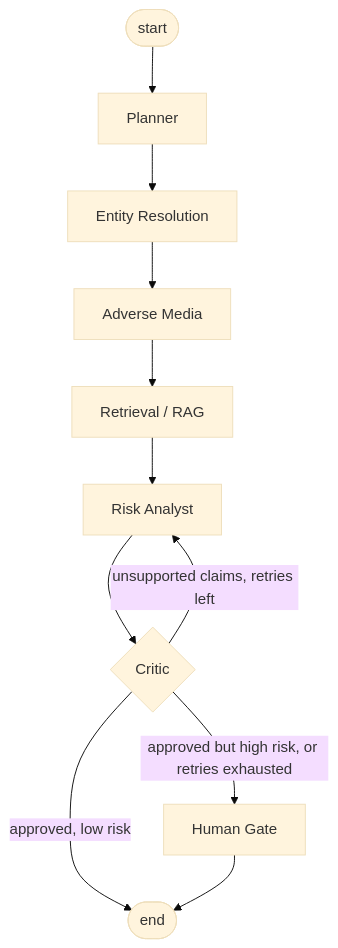
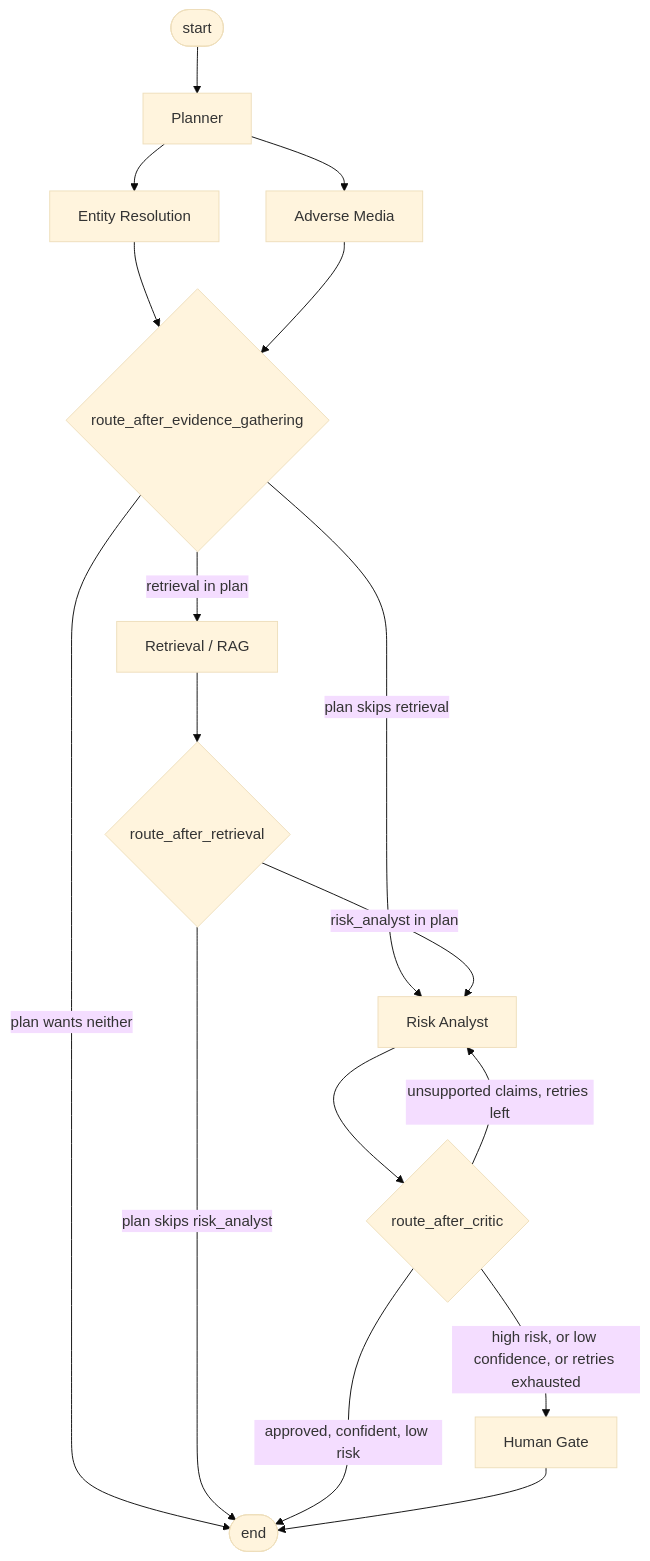
One commit to akhileshpandey023/agentic-aml-investigator changed the diagram in ARCHITECTURE.md. Above: the diagram before and after it, drawn with Mermaid (base theme). The commit also changed other lines of this file and 2 other files, not shown here.

````diff
--- a/ARCHITECTURE.md
+++ b/ARCHITECTURE.md
@@ -39,13 +39,19 @@
 ```mermaid
 flowchart TD
     START([start]) --> PLAN[Planner]
     PLAN --> ER[Entity Resolution]
-    ER --> AM[Adverse Media]
-    AM --> RET[Retrieval / RAG]
-    RET --> RA[Risk Analyst]
-    RA --> CRIT{Critic}
+    PLAN --> AM[Adverse Media]
+    ER --> ROUTE1{route_after_evidence_gathering}
+    AM --> ROUTE1
+    ROUTE1 -- "retrieval" in plan --> RET[Retrieval / RAG]
+    ROUTE1 -- plan skips retrieval --> RA[Risk Analyst]
+    ROUTE1 -- plan wants neither --> DONE([end])
+    RET --> ROUTE2{route_after_retrieval}
+    ROUTE2 -- "risk_analyst" in plan --> RA
+    ROUTE2 -- plan skips risk_analyst --> DONE
+    RA --> CRIT{route_after_critic}
     CRIT -- unsupported claims, retries left --> RA
-    CRIT -- approved, low risk --> DONE([end])
-    CRIT -- approved but high risk, or retries exhausted --> HG[Human Gate]
+    CRIT -- approved, confident, low risk --> DONE
+    CRIT -- high risk, or low confidence, or retries exhausted --> HG[Human Gate]
     HG --> DONE
 ```
````
